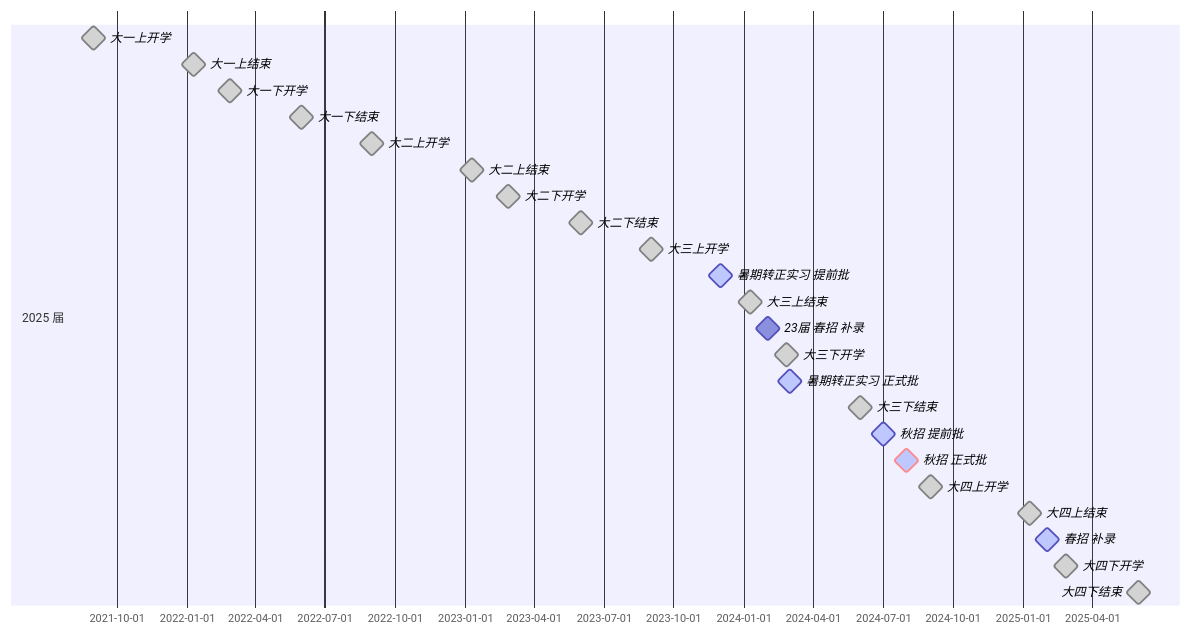
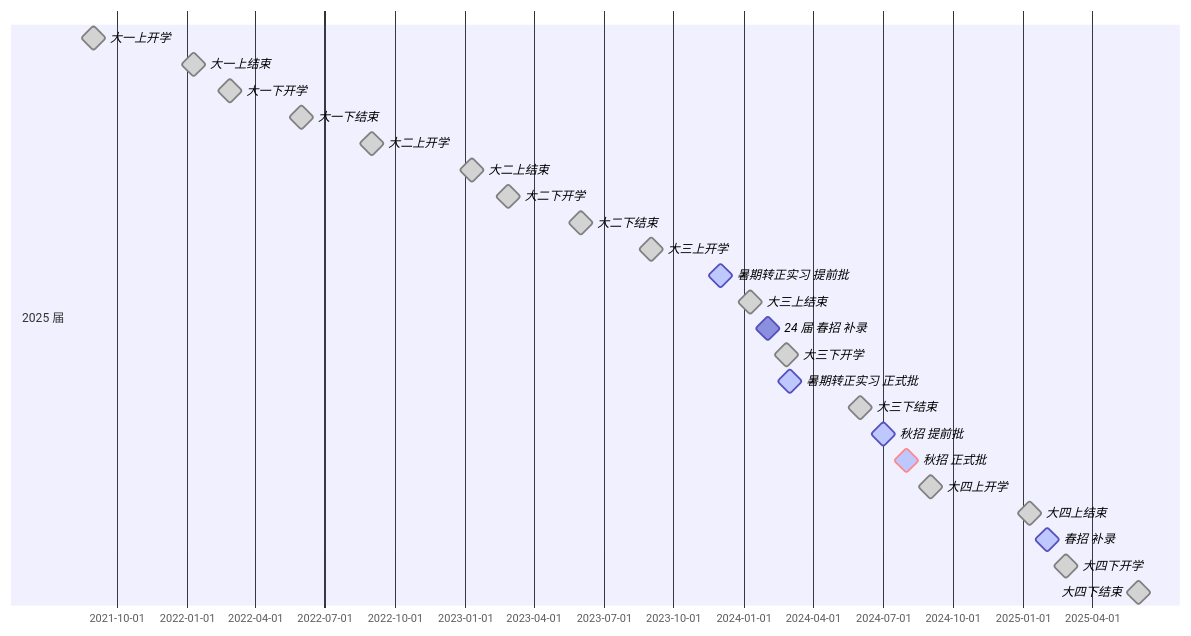
One commit to james-curtis/public-diary changed the second of 3 diagrams in 专题/【长线】实时关注招聘.md. Above: the diagram before and after it, drawn with Mermaid. The commit also changed other lines of this file, not shown here.

````diff
--- a/专题/【长线】实时关注招聘.md
+++ b/专题/【长线】实时关注招聘.md
@@ -92,45 +92,45 @@
 ```mermaid
 gantt
     dateFormat  YYYY-MM-DD
 
     section 2025 届
     大一上开学      :milestone, done, 2021-09-01, 0d
 
     大一上结束      :milestone, done, 2022-01-10, 0d
     大一下开学      :milestone, done, 2022-02-26, 0d
     大一下结束      :milestone, done, 2022-06-01, 0d
     大二上开学      :milestone, done, 2022-09-01, 0d
 
     大二上结束      :milestone, done, 2023-01-10, 0d
     大二下开学      :milestone, done, 2023-02-26, 0d
     大二下结束      :milestone, done, 2023-06-01, 0d
     大三上开学      :milestone, done, 2023-09-01, 0d
 
     %% 招聘
     暑期转正实习 提前批 :milestone, active, 2023-12-01, 0d
     %% 招聘
 
     大三上结束      :milestone, done, 2024-01-10, 0d
     %% 招聘
-    23届 春招 补录    :milestone, 2024-02-01, 0d
+    24 届 春招 补录    :milestone, 2024-02-01, 0d
     %% 招聘
     大三下开学      :milestone, done, 2024-02-26, 0d
     %% 招聘
     暑期转正实习 正式批 :milestone, active, 2024-03-01, 0d
     %% 招聘
     大三下结束      :milestone, done, 2024-06-01, 0d
     %% 招聘
     秋招 提前批     :milestone, active, 2024-07-01, 0d
     秋招 正式批     :milestone, active, crit, 2024-08-01, 0d
     %% 招聘
     大四上开学      :milestone, done, 2024-09-01, 0d
 
     大四上结束      :milestone, done, 2025-01-10, 0d
     %% 招聘
     春招 补录       :milestone, active, 2025-02-01, 0d
     %% 招聘
     大四下开学      :milestone, done, 2025-02-26, 0d
     大四下结束      :milestone, done, 2025-06-01, 0d
 
     %% 其他
 ```
````
